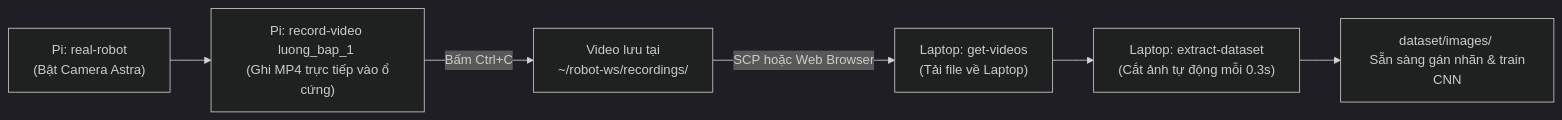
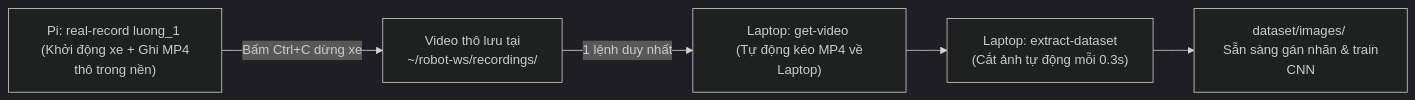
The second of 2 diagrams in vanhanh.md (vinhlephu-lpv/robot-ws), drawn with Mermaid (dark theme) before and after one commit. The commit also changed other lines of this file and 4 other files, not shown here.

Commit message:
feat: thêm lệnh real-record quay video thô không hiển thị GUI và lệnh get-video tải về laptop

````diff
--- a/vanhanh.md
+++ b/vanhanh.md
@@ -319,8 +319,7 @@
 ```mermaid
 graph LR
-    A["Pi: real-robot <br/> (Bật Camera Astra)"] --> B["Pi: record-video luong_bap_1 <br/> (Ghi MP4 trực tiếp vào ổ cứng)"]
-    B -->|Bấm Ctrl+C| C["Video lưu tại <br/> ~/robot-ws/recordings/"]
-    C -->|SCP hoặc Web Browser| D["Laptop: get-videos <br/> (Tải file về Laptop)"]
-    D --> E["Laptop: extract-dataset <br/> (Cắt ảnh tự động mỗi 0.3s)"]
-    E --> F["dataset/images/ <br/> Sẵn sàng gán nhãn & train CNN"]
+    A["Pi: real-record luong_1 <br/> (Khởi động xe + Ghi MP4 thô trong nền)"] -->|Bấm Ctrl+C dừng xe| B["Video thô lưu tại <br/> ~/robot-ws/recordings/"]
+    B -->|1 lệnh duy nhất| C["Laptop: get-video <br/> (Tự động kéo MP4 về Laptop)"]
+    C --> D["Laptop: extract-dataset <br/> (Cắt ảnh tự động mỗi 0.3s)"]
+    D --> E["dataset/images/ <br/> Sẵn sàng gán nhãn & train CNN"]
 ```
````
